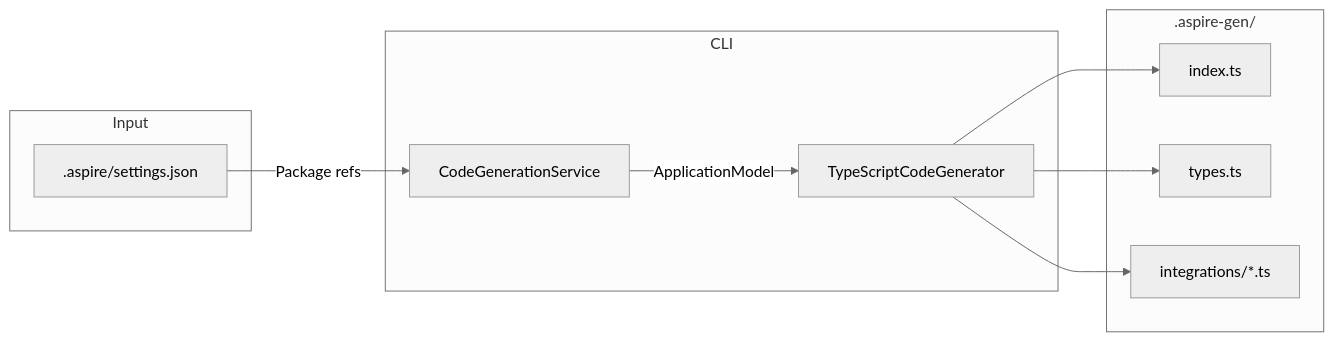
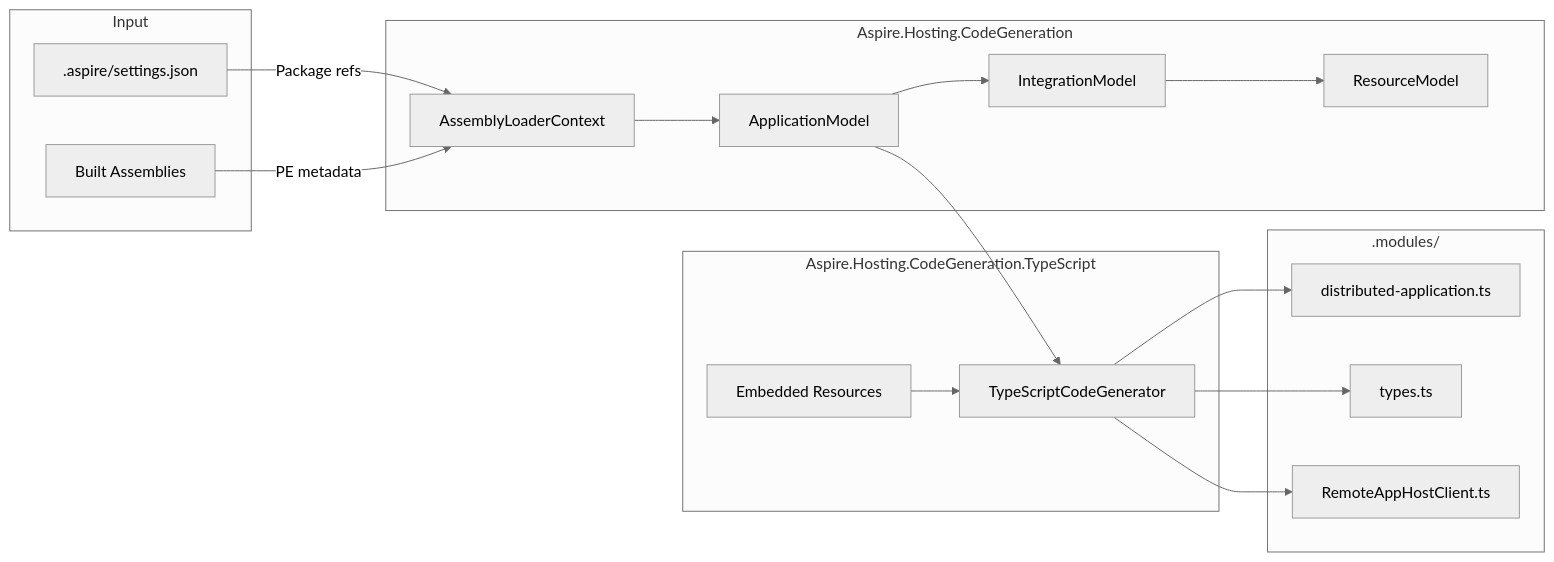
The third of 4 diagrams in docs/specs/polyglot-apphost.md (dotnet/aspire), drawn with Mermaid (neutral theme) before and after one commit. The commit also changed other lines of this file and 62 other files, not shown here.

First line of the commit message:
Refactor: Remove TypeScript client and distributed application code

````diff
--- a/docs/specs/polyglot-apphost.md
+++ b/docs/specs/polyglot-apphost.md
@@ -139,23 +154,36 @@
 ```mermaid
 flowchart LR
     subgraph Input
         CFG[.aspire/settings.json]
+        ASM[Built Assemblies]
     end
 
-    subgraph CLI
-        CGS[CodeGenerationService]
-        TSG[TypeScriptCodeGenerator]
+    subgraph Library["Aspire.Hosting.CodeGeneration"]
+        ALC[AssemblyLoaderContext]
+        AM[ApplicationModel]
+        IM[IntegrationModel]
+        RM[ResourceModel]
     end
 
-    subgraph Output[".aspire-gen/"]
-        IDX[index.ts]
-        TYP[types.ts]
-        INT[integrations/*.ts]
+    subgraph TSLib["Aspire.Hosting.CodeGeneration.TypeScript"]
+        TSG[TypeScriptCodeGenerator]
+        EMB[Embedded Resources]
     end
 
-    CFG -->|Package refs| CGS
-    CGS -->|ApplicationModel| TSG
-    TSG --> IDX
+    subgraph Output[".modules/"]
+        DA[distributed-application.ts]
+        TYP[types.ts]
+        RPC[RemoteAppHostClient.ts]
+    end
+
+    CFG -->|Package refs| ALC
+    ASM -->|PE metadata| ALC
+    ALC --> AM
+    AM --> IM
+    IM --> RM
+    AM --> TSG
+    EMB --> TSG
+    TSG --> DA
     TSG --> TYP
-    TSG --> INT
+    TSG --> RPC
 ```
````
